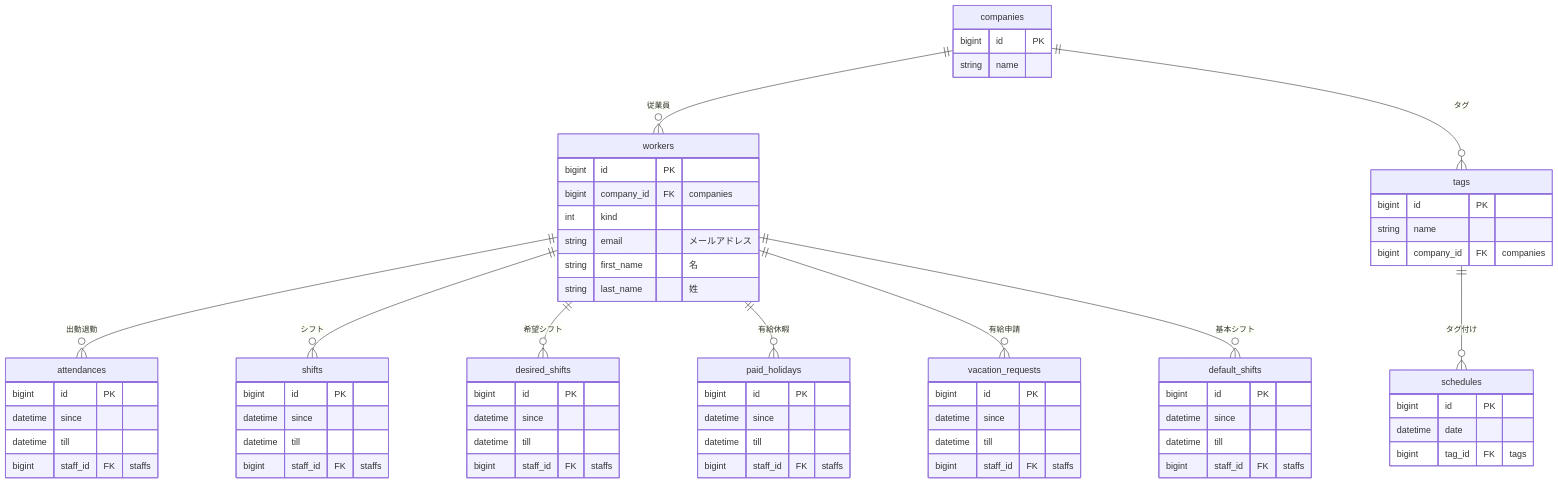
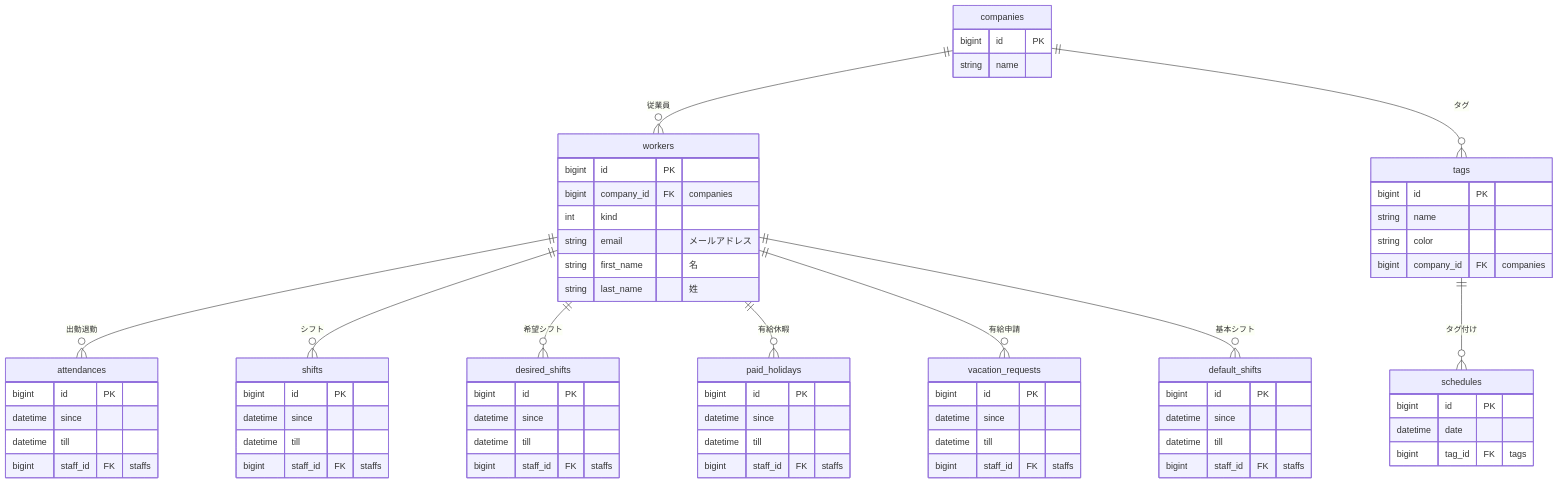
One commit to piny940/kintai changed the diagram in db/er.md. Above: the diagram before and after it, drawn with Mermaid.

Commit message:
タグに色付けできるようにする

````diff
--- a/db/er.md
+++ b/db/er.md
@@ -1,75 +1,76 @@
 ```mermaid
 erDiagram
   companies ||--o{ workers : "従業員"
   companies ||--o{ tags : "タグ"
   tags ||--o{ schedules : "タグ付け"
   workers ||--o{ attendances : "出勤退勤"
   workers ||--o{ shifts : "シフト"
   workers ||--o{ desired_shifts : "希望シフト"
   workers ||--o{ paid_holidays : "有給休暇"
   workers ||--o{ vacation_requests : "有給申請"
   workers ||--o{ default_shifts : "基本シフト"
 
   companies {
     bigint id PK
     string name
   }
   workers {
     bigint id PK
     bigint company_id FK "companies"
     int kind
     string email "メールアドレス"
     string first_name "名"
     string last_name "姓"
   }
 
   attendances {
     bigint id PK
     datetime since
     datetime till
     bigint staff_id FK "staffs"
   }
 
   shifts {
     bigint id PK
     datetime since
     datetime till
     bigint staff_id FK "staffs"
   }
   desired_shifts {
     bigint id PK
     datetime since
     datetime till
     bigint staff_id FK "staffs"
   }
   default_shifts {
     bigint id PK
     datetime since
     datetime till
     bigint staff_id FK "staffs"
   }
   
   tags {
     bigint id PK
     string name
+    string color
     bigint company_id FK "companies"
   }
   schedules {
     bigint id PK
     datetime date
     bigint tag_id FK "tags"
   }
 
   paid_holidays {
     bigint id PK
     datetime since
     datetime till
     bigint staff_id FK "staffs"
   }
   vacation_requests {
     bigint id PK
     datetime since
     datetime till
     bigint staff_id FK "staffs"
   }
 ```
````
